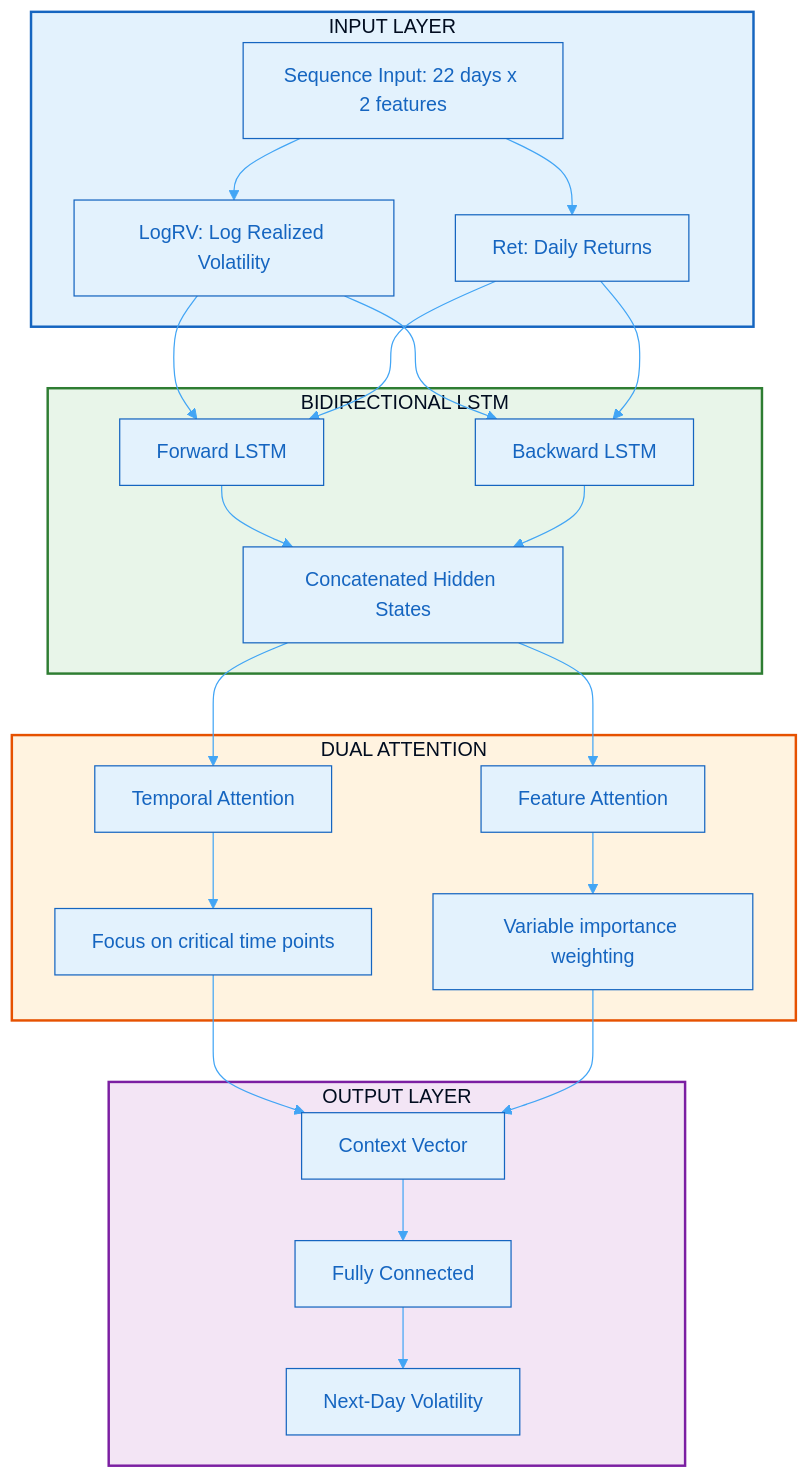
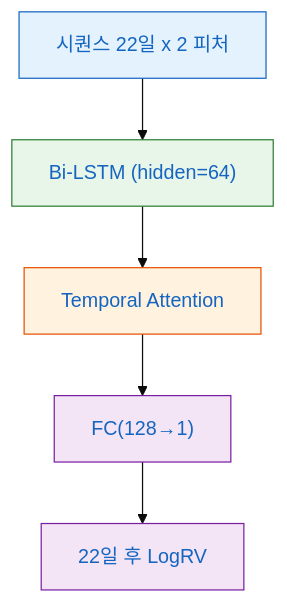
One commit to 15tkdgns/vrp-paper changed the first of 2 diagrams in experiments/phase13_model_comparison.qmd. Above: the diagram before and after it, drawn with Mermaid. The commit also changed other lines of this file and 5 other files, not shown here.

````diff
--- a/experiments/phase13_model_comparison.qmd
+++ b/experiments/phase13_model_comparison.qmd
@@ -73,34 +89,14 @@
 ```{mermaid}
-%%| fig-width: 10
-%%{init: {'theme': 'base', 'themeVariables': { 'primaryColor': '#E3F2FD', 'primaryTextColor': '#1565C0', 'primaryBorderColor': '#1565C0', 'lineColor': '#42A5F5', 'secondaryColor': '#E8F5E9', 'tertiaryColor': '#FFF3E0'}}}%%
+%%{init: {'theme': 'base', 'themeVariables': { 'primaryColor': '#E3F2FD', 'primaryTextColor': '#1565C0'}}}%%
 flowchart TD
-    subgraph INPUT["INPUT LAYER"]
-        A["Sequence Input: 22 days x 2 features"]
-        A --> B["LogRV: Log Realized Volatility"]
-        A --> C["Ret: Daily Returns"]
-    end
-    
-    subgraph BILSTM["BIDIRECTIONAL LSTM"]
-        B & C --> D["Forward LSTM"]
-        B & C --> E["Backward LSTM"]
-        D & E --> F["Concatenated Hidden States"]
-    end
-    
-    subgraph ATTENTION["DUAL ATTENTION"]
-        F --> G["Temporal Attention"]
-        F --> H["Feature Attention"]
-        G --> I["Focus on critical time points"]
-        H --> J["Variable importance weighting"]
-    end
-    
-    subgraph OUTPUT["OUTPUT LAYER"]
-        I & J --> K["Context Vector"]
-        K --> L["Fully Connected"]
-        L --> M["Next-Day Volatility"]
-    end
+    A["시퀀스 22일 x 2 피처"] --> B["Bi-LSTM (hidden=64)"]
+    B --> C["Temporal Attention"]
+    C --> D["FC(128→1)"]
+    D --> E["22일 후 LogRV"]
 
-    style INPUT fill:#E3F2FD,stroke:#1565C0,stroke-width:2px
-    style BILSTM fill:#E8F5E9,stroke:#2E7D32,stroke-width:2px
-    style ATTENTION fill:#FFF3E0,stroke:#E65100,stroke-width:2px
-    style OUTPUT fill:#F3E5F5,stroke:#7B1FA2,stroke-width:2px
+    style A fill:#E3F2FD,stroke:#1565C0
+    style B fill:#E8F5E9,stroke:#2E7D32
+    style C fill:#FFF3E0,stroke:#E65100
+    style D fill:#F3E5F5,stroke:#7B1FA2
+    style E fill:#F3E5F5,stroke:#7B1FA2
 ```
````
